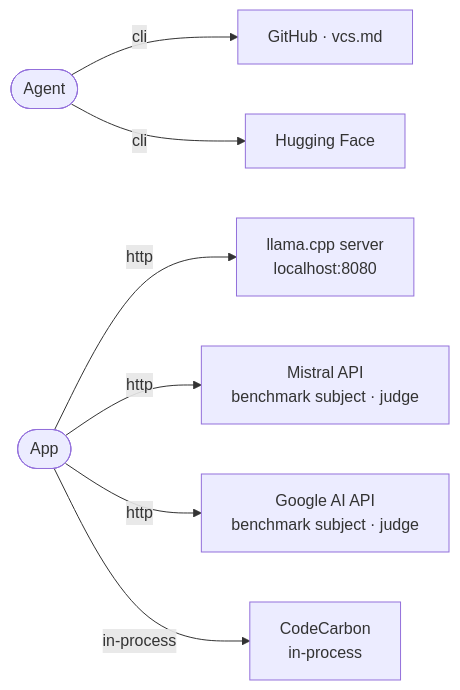
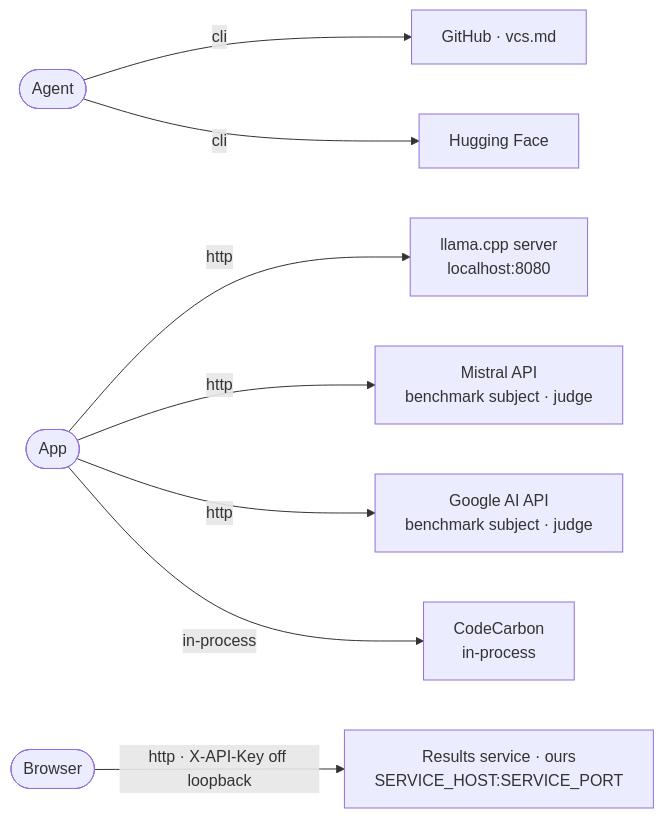
One commit to Aliquanto3/wave_local_ai_v2 changed the diagram in aidd_docs/memory/ecosystem.md. Above: the diagram before and after it, drawn with Mermaid. The commit also changed other lines of this file and 15 other files, not shown here.

````diff
--- a/aidd_docs/memory/ecosystem.md
+++ b/aidd_docs/memory/ecosystem.md
@@ -3,19 +3,22 @@
 ```mermaid
 flowchart LR
   Agent([Agent])
   App([App])
+  Browser([Browser])
 
   GitHub["GitHub · vcs.md"]
   HF["Hugging Face"]
   Llama["llama.cpp server\nlocalhost:8080"]
   Mistral["Mistral API\nbenchmark subject · judge"]
   Google["Google AI API\nbenchmark subject · judge"]
   CC["CodeCarbon\nin-process"]
+  Serve["Results service · ours\nSERVICE_HOST:SERVICE_PORT"]
 
   Agent -- cli --> GitHub
   Agent -- cli --> HF
   App -- http --> Llama
   App -- http --> Mistral
   App -- http --> Google
   App -- in-process --> CC
+  Browser -- "http · X-API-Key off loopback" --> Serve
 ```
````
